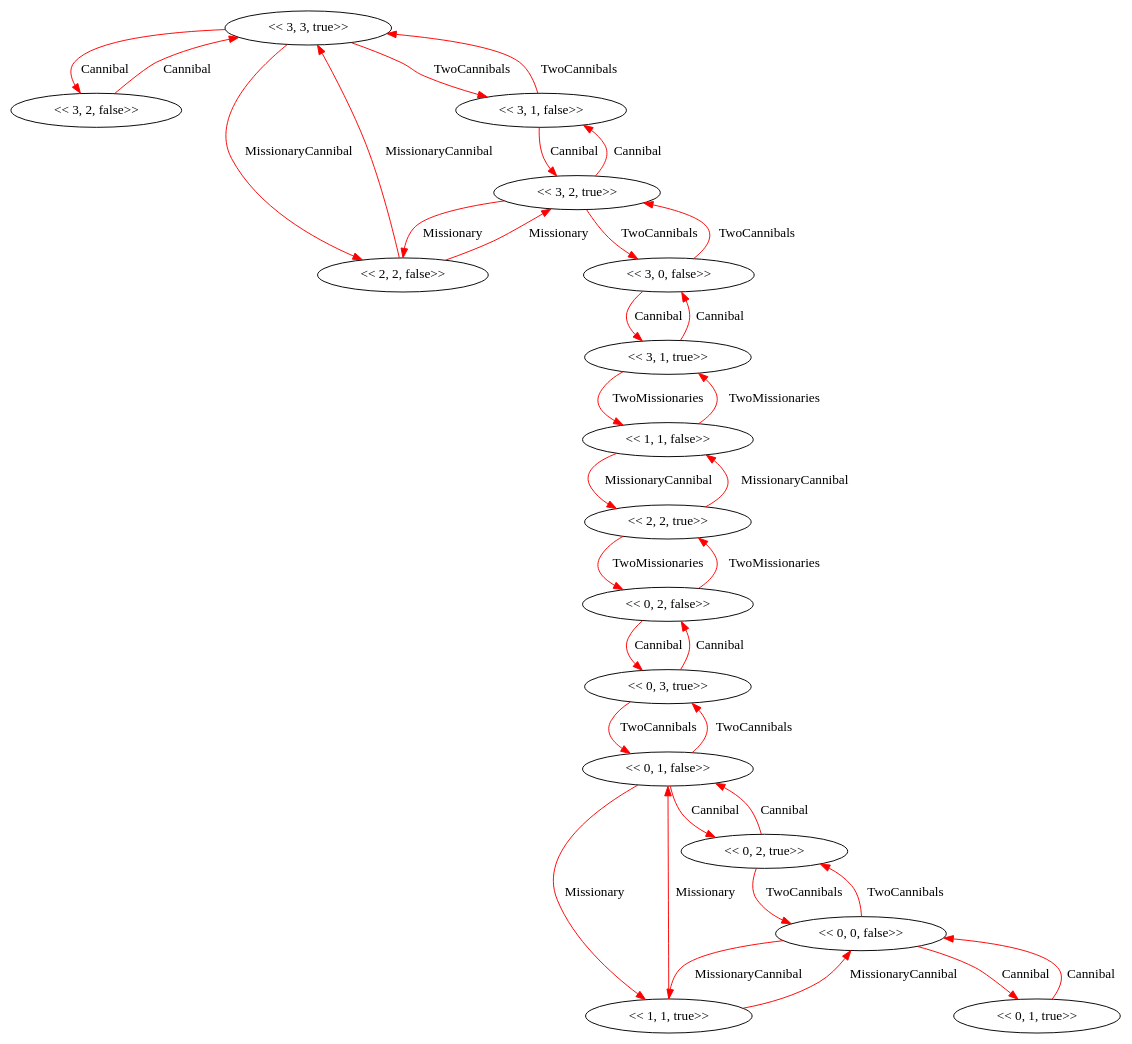
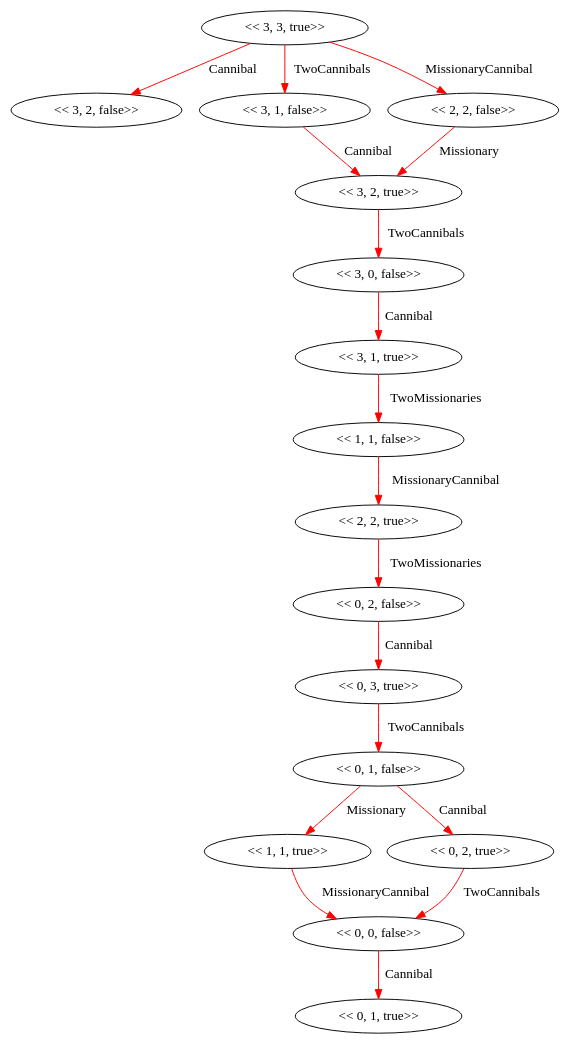
One commit to arpandaze/ai-coursework changed the diagram in missionary-and-cannibals/graph.dot. Above: the diagram before and after it, drawn with Graphviz. The commit also changed 36 other files, not shown here.

```diff
--- a/missionary-and-cannibals/graph.dot
+++ b/missionary-and-cannibals/graph.dot
@@ -1,71 +1,37 @@
 digraph {
     331 [label="<< 3, 3, true>>", fillcolor=blue];
     320 [label="<< 3, 2, false>>", fillcolor=blue];
     331 -> 320 [label="Cannibal", color=red];
     310 [label="<< 3, 1, false>>", fillcolor=blue];
     331 -> 310 [label="TwoCannibals", color=red];
     220 [label="<< 2, 2, false>>", fillcolor=blue];
     331 -> 220 [label="MissionaryCannibal", color=red];
-    331 [label="<< 3, 3, true>>", fillcolor=blue];
-    320 -> 331 [label="Cannibal", color=red];
     321 [label="<< 3, 2, true>>", fillcolor=blue];
     310 -> 321 [label="Cannibal", color=red];
-    331 [label="<< 3, 3, true>>", fillcolor=blue];
-    310 -> 331 [label="TwoCannibals", color=red];
     321 [label="<< 3, 2, true>>", fillcolor=blue];
     220 -> 321 [label="Missionary", color=red];
-    331 [label="<< 3, 3, true>>", fillcolor=blue];
-    220 -> 331 [label="MissionaryCannibal", color=red];
-    220 [label="<< 2, 2, false>>", fillcolor=blue];
-    321 -> 220 [label="Missionary", color=red];
-    310 [label="<< 3, 1, false>>", fillcolor=blue];
-    321 -> 310 [label="Cannibal", color=red];
     300 [label="<< 3, 0, false>>", fillcolor=blue];
     321 -> 300 [label="TwoCannibals", color=red];
     311 [label="<< 3, 1, true>>", fillcolor=blue];
     300 -> 311 [label="Cannibal", color=red];
-    321 [label="<< 3, 2, true>>", fillcolor=blue];
-    300 -> 321 [label="TwoCannibals", color=red];
-    300 [label="<< 3, 0, false>>", fillcolor=blue];
-    311 -> 300 [label="Cannibal", color=red];
     110 [label="<< 1, 1, false>>", fillcolor=blue];
     311 -> 110 [label="TwoMissionaries", color=red];
-    311 [label="<< 3, 1, true>>", fillcolor=blue];
-    110 -> 311 [label="TwoMissionaries", color=red];
     221 [label="<< 2, 2, true>>", fillcolor=blue];
     110 -> 221 [label="MissionaryCannibal", color=red];
     020 [label="<< 0, 2, false>>", fillcolor=blue];
     221 -> 020 [label="TwoMissionaries", color=red];
-    110 [label="<< 1, 1, false>>", fillcolor=blue];
-    221 -> 110 [label="MissionaryCannibal", color=red];
     031 [label="<< 0, 3, true>>", fillcolor=blue];
     020 -> 031 [label="Cannibal", color=red];
-    221 [label="<< 2, 2, true>>", fillcolor=blue];
-    020 -> 221 [label="TwoMissionaries", color=red];
-    020 [label="<< 0, 2, false>>", fillcolor=blue];
-    031 -> 020 [label="Cannibal", color=red];
     010 [label="<< 0, 1, false>>", fillcolor=blue];
     031 -> 010 [label="TwoCannibals", color=red];
     111 [label="<< 1, 1, true>>", fillcolor=blue];
     010 -> 111 [label="Missionary", color=red];
     021 [label="<< 0, 2, true>>", fillcolor=blue];
     010 -> 021 [label="Cannibal", color=red];
-    031 [label="<< 0, 3, true>>", fillcolor=blue];
-    010 -> 031 [label="TwoCannibals", color=red];
-    010 [label="<< 0, 1, false>>", fillcolor=blue];
-    111 -> 010 [label="Missionary", color=red];
     000 [label="<< 0, 0, false>>", fillcolor=blue];
     111 -> 000 [label="MissionaryCannibal", color=red];
-    010 [label="<< 0, 1, false>>", fillcolor=blue];
-    021 -> 010 [label="Cannibal", color=red];
     000 [label="<< 0, 0, false>>", fillcolor=blue];
     021 -> 000 [label="TwoCannibals", color=red];
     011 [label="<< 0, 1, true>>", fillcolor=blue];
     000 -> 011 [label="Cannibal", color=red];
-    021 [label="<< 0, 2, true>>", fillcolor=blue];
-    000 -> 021 [label="TwoCannibals", color=red];
-    111 [label="<< 1, 1, true>>", fillcolor=blue];
-    000 -> 111 [label="MissionaryCannibal", color=red];
-    000 [label="<< 0, 0, false>>", fillcolor=blue];
-    011 -> 000 [label="Cannibal", color=red];
 }
```
